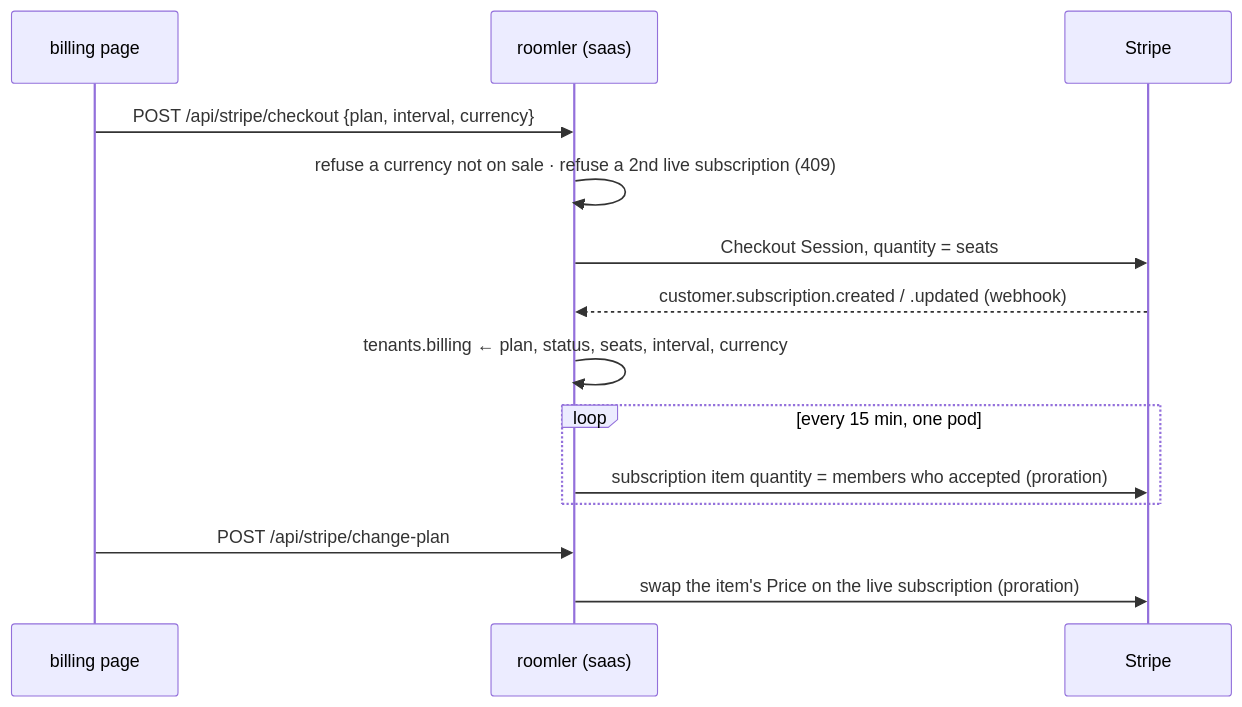
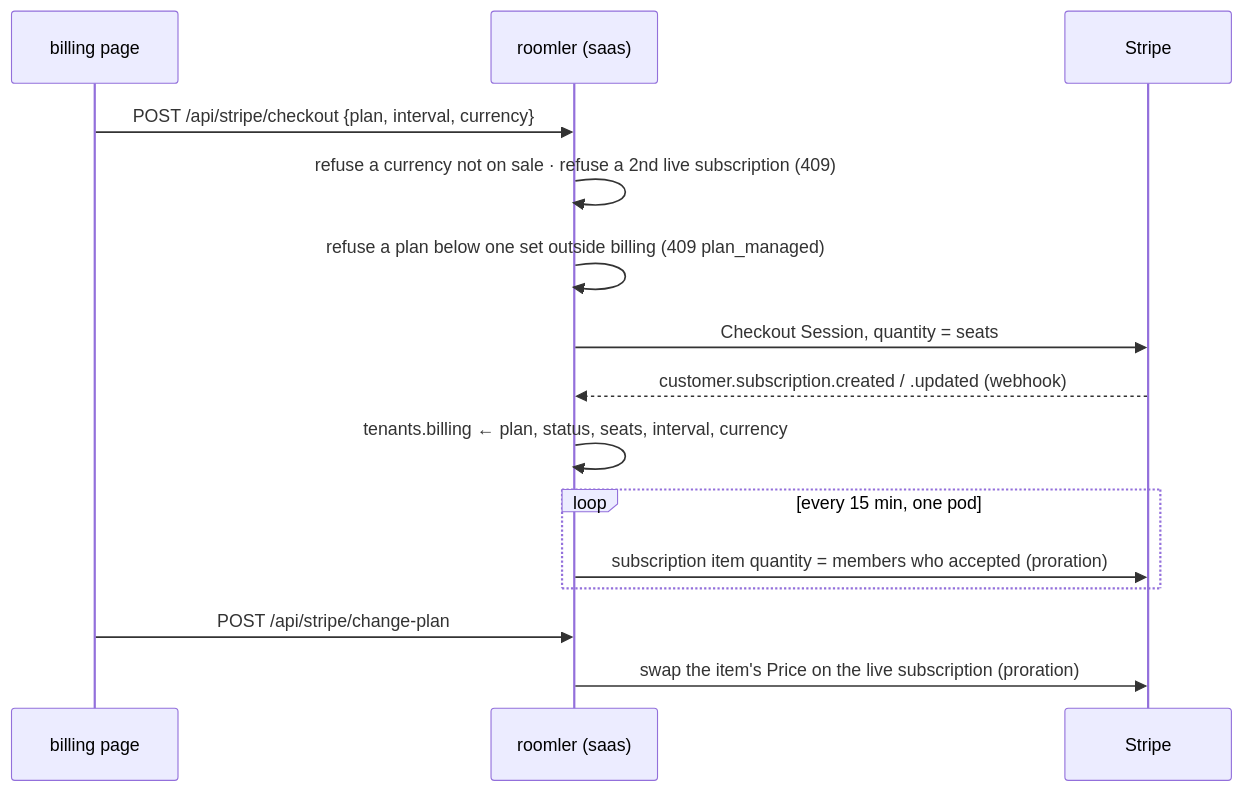
Before and after one commit to gjovanov/roomler-ai: the third of 3 diagrams in docs/plans-and-limits.md, drawn with Mermaid. The commit also changed other lines of this file and 7 other files, not shown here.

````diff
--- a/docs/plans-and-limits.md
+++ b/docs/plans-and-limits.md
@@ -192,16 +192,17 @@
 ```mermaid
 sequenceDiagram
     participant UI as billing page
     participant API as roomler (saas)
     participant S as Stripe
     UI->>API: POST /api/stripe/checkout {plan, interval, currency}
     API->>API: refuse a currency not on sale · refuse a 2nd live subscription (409)
+    API->>API: refuse a plan below one set outside billing (409 plan_managed)
     API->>S: Checkout Session, quantity = seats
     S-->>API: customer.subscription.created / .updated (webhook)
     API->>API: tenants.billing ← plan, status, seats, interval, currency
     loop every 15 min, one pod
         API->>S: subscription item quantity = members who accepted (proration)
     end
     UI->>API: POST /api/stripe/change-plan
     API->>S: swap the item's Price on the live subscription (proration)
 ```
````
